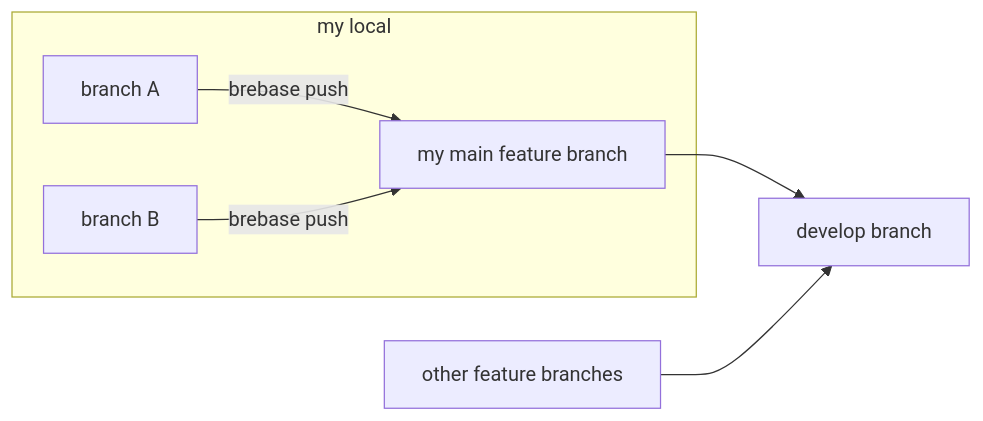
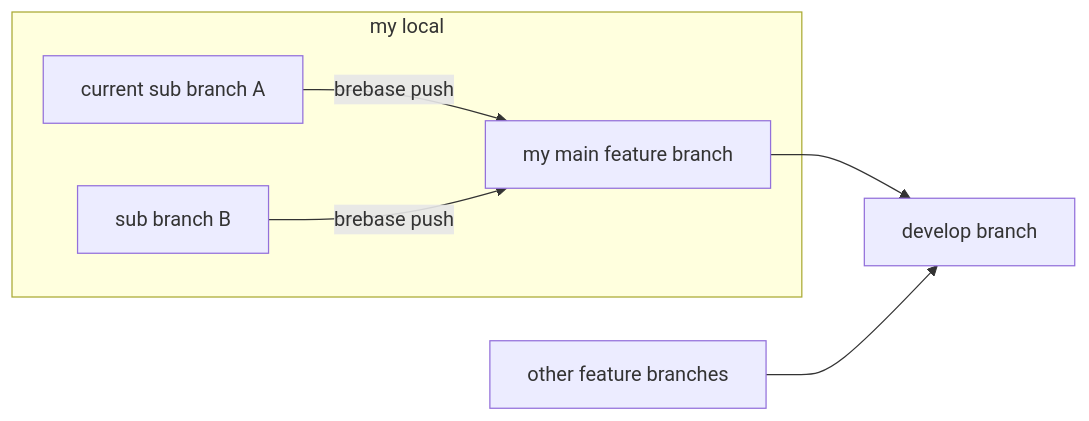
The diagram in README-jp.md (Takakiriy/brebase), drawn with Mermaid before and after one commit. The commit also changed other lines of this file and 3 other files, not shown here.

````diff
--- a/README-jp.md
+++ b/README-jp.md
@@ -6,9 +6,9 @@
 ```mermaid
 graph LR;
     F[my main feature branch]-->D[develop branch];
     O[other feature branches]-->D;
     subgraph local[my local]
-        A[branch A]--brebase push-->F;
-        B[branch B]--brebase push-->F;
+        A[current sub branch A]--brebase push-->F;
+        B[sub branch B]--brebase push-->F;
     end
 ```
````
